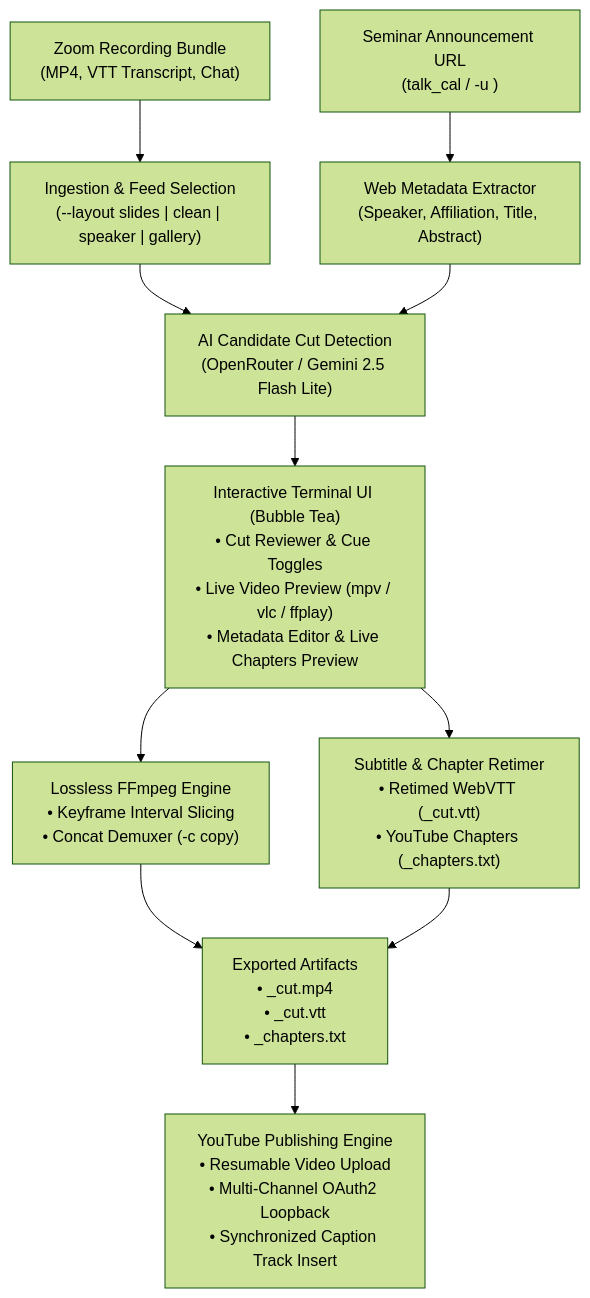
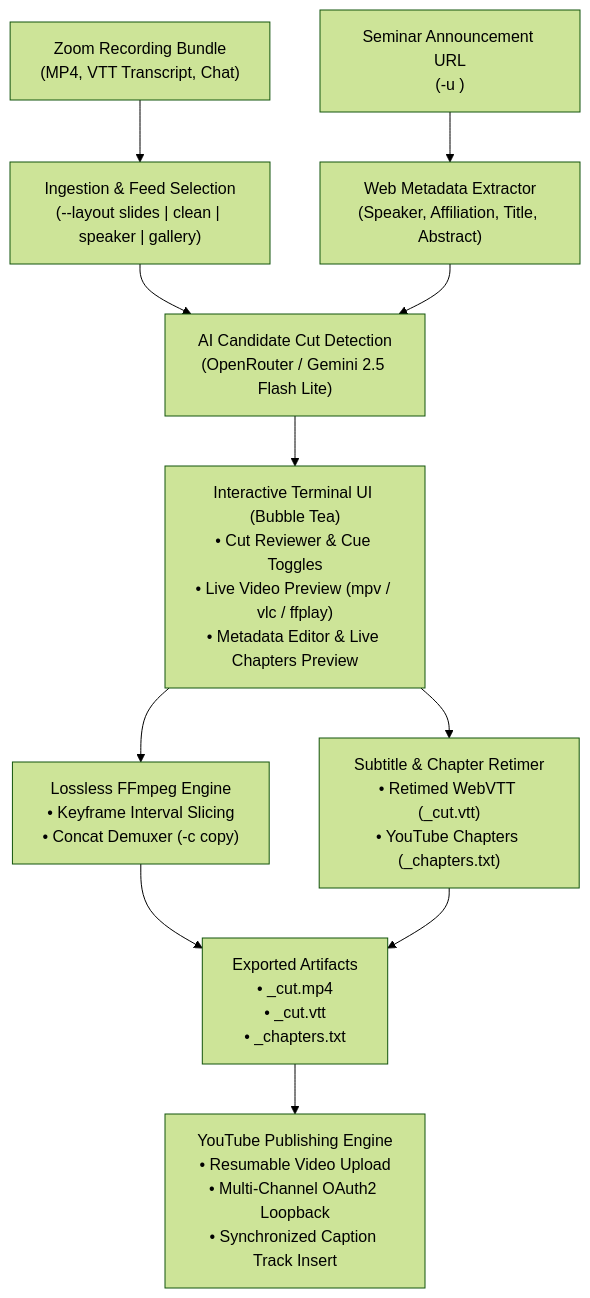
One commit to sarielhp/talk_cut changed the diagram in README.md. Above: the diagram before and after it, drawn with Mermaid (forest theme). The commit also changed other lines of this file and 3 other files, not shown here.

Commit message:
refactor: remove talk_cal typo

````diff
--- a/README.md
+++ b/README.md
@@ -17,13 +17,13 @@
 ```mermaid
 flowchart TD
     A["Zoom Recording Bundle\n(MP4, VTT Transcript, Chat)"] --> B["Ingestion & Feed Selection\n(--layout slides | clean | speaker | gallery)"]
-    U["Seminar Announcement URL\n(talk_cal / -u <url>)"] --> M["Web Metadata Extractor\n(Speaker, Affiliation, Title, Abstract)"]
+    U["Seminar Announcement URL\n(-u <url>)"] --> M["Web Metadata Extractor\n(Speaker, Affiliation, Title, Abstract)"]
     B --> C["AI Candidate Cut Detection\n(OpenRouter / Gemini 2.5 Flash Lite)"]
     M --> C
     C --> D["Interactive Terminal UI (Bubble Tea)\n• Cut Reviewer & Cue Toggles\n• Live Video Preview (mpv / vlc / ffplay)\n• Metadata Editor & Live Chapters Preview"]
     D --> E["Lossless FFmpeg Engine\n• Keyframe Interval Slicing\n• Concat Demuxer (-c copy)"]
     D --> F["Subtitle & Chapter Retimer\n• Retimed WebVTT (_cut.vtt)\n• YouTube Chapters (_chapters.txt)"]
     E --> G["Exported Artifacts\n• <talk>_cut.mp4\n• <talk>_cut.vtt\n• <talk>_chapters.txt"]
     F --> G
     G --> H["YouTube Publishing Engine\n• Resumable Video Upload\n• Multi-Channel OAuth2 Loopback\n• Synchronized Caption Track Insert"]
 ```
````
